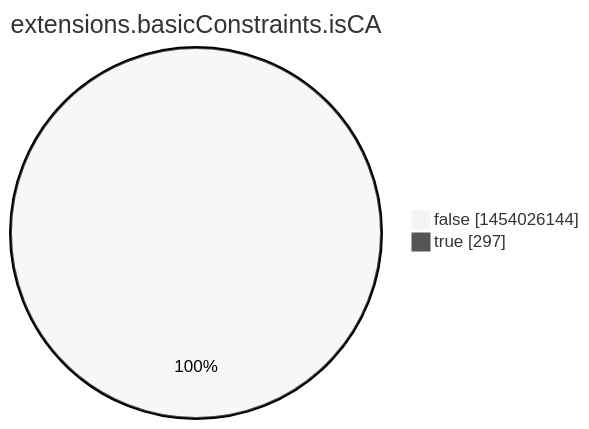
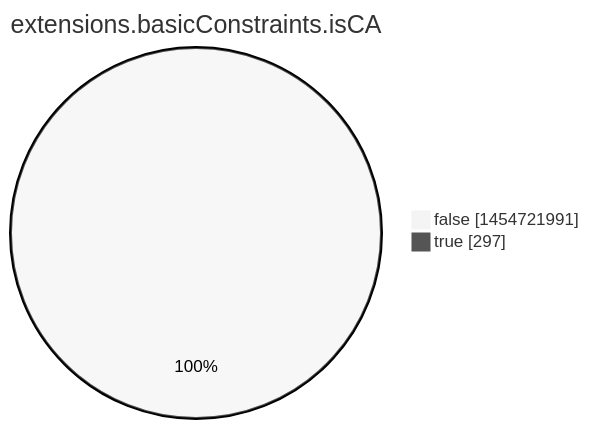
One commit to christiankrug/ctmonitor_visualization changed the eighth of 15 diagrams in argon2022/README.md. Above: the diagram before and after it, drawn with Mermaid (neutral theme). The commit also changed other lines of this file, not shown here.

````diff
--- a/argon2022/README.md
+++ b/argon2022/README.md
@@ -2760,6 +2760,6 @@
 ```mermaid
 pie showData
 title extensions.basicConstraints.isCA
-"false" :1454026144
+"false" :1454721991
 "true" :297
 ```
````
